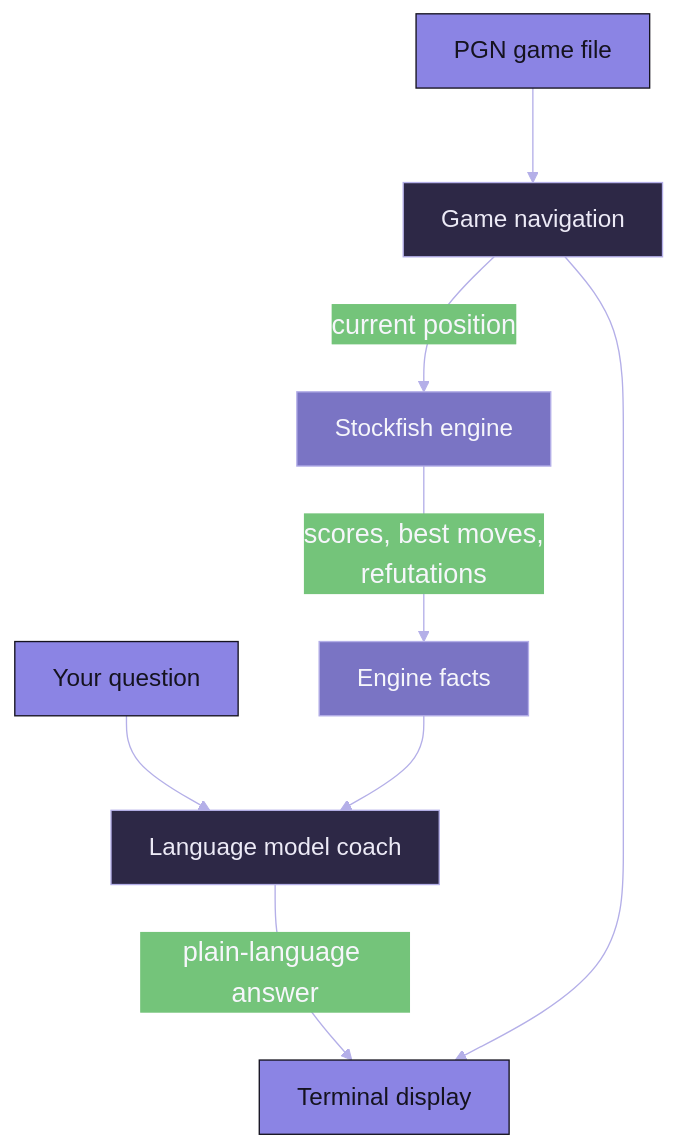
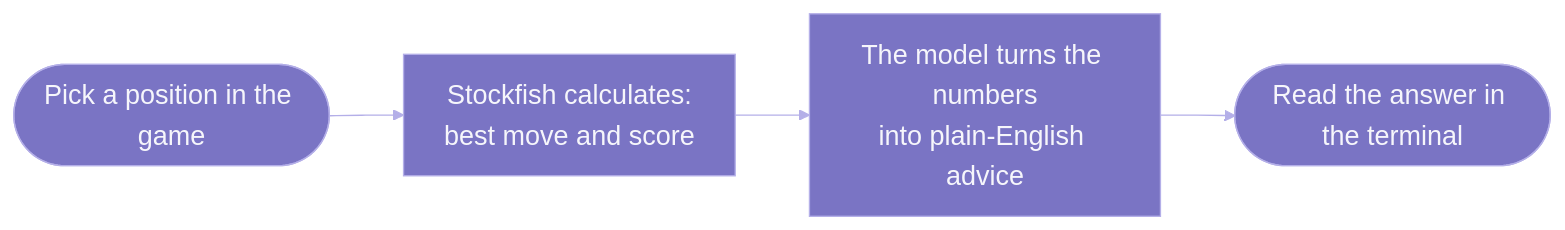
One commit to jconnors23/Dupont changed the diagram in docs/index.md. Above: the diagram before and after it, drawn with Mermaid. The commit also changed other lines of this file and 22 other files, not shown here.

````diff
--- a/docs/index.md
+++ b/docs/index.md
@@ -44,18 +49,7 @@
 ```mermaid
-%%{init: {'theme':'base','themeVariables':{'fontSize':'20px','primaryColor':'#7a74c4','primaryTextColor':'#f6f6fb','primaryBorderColor':'#b4afe8','lineColor':'#b4afe8'},'flowchart':{'nodeSpacing':60,'rankSpacing':70,'padding':14}}}%%
-flowchart TB
-    PGN[PGN game file] --> GS[Game navigation]
-    GS -->|current position| ENG[Stockfish engine]
-    ENG -->|scores, best moves,<br/>refutations| FACTS[Engine facts]
-    USER[Your question] --> COACH[Language model coach]
-    FACTS --> COACH
-    COACH -->|plain-language answer| OUT[Terminal display]
-    GS --> OUT
-
-    classDef fact fill:#7a74c4,stroke:#b4afe8,color:#f6f6fb,font-size:18px;
-    classDef think fill:#2d2846,stroke:#b4afe8,color:#eceaf6,font-size:18px;
-    classDef io fill:#8b84e4,stroke:#15131f,color:#15131f,font-size:18px;
-    class ENG,FACTS fact;
-    class GS,COACH think;
-    class PGN,USER,OUT io;
+%%{init: {'theme':'base','themeVariables':{'fontSize':'20px','primaryColor':'#7a74c4','primaryTextColor':'#f6f6fb','primaryBorderColor':'#b4afe8','lineColor':'#b4afe8'},'flowchart':{'nodeSpacing':50,'rankSpacing':55}}}%%
+flowchart LR
+    A([Pick a position in the game]) --> B[Stockfish calculates:<br/>best move and score]
+    B --> C[The model turns the numbers<br/>into plain-English advice]
+    C --> D([Read the answer in the terminal])
 ```
````
